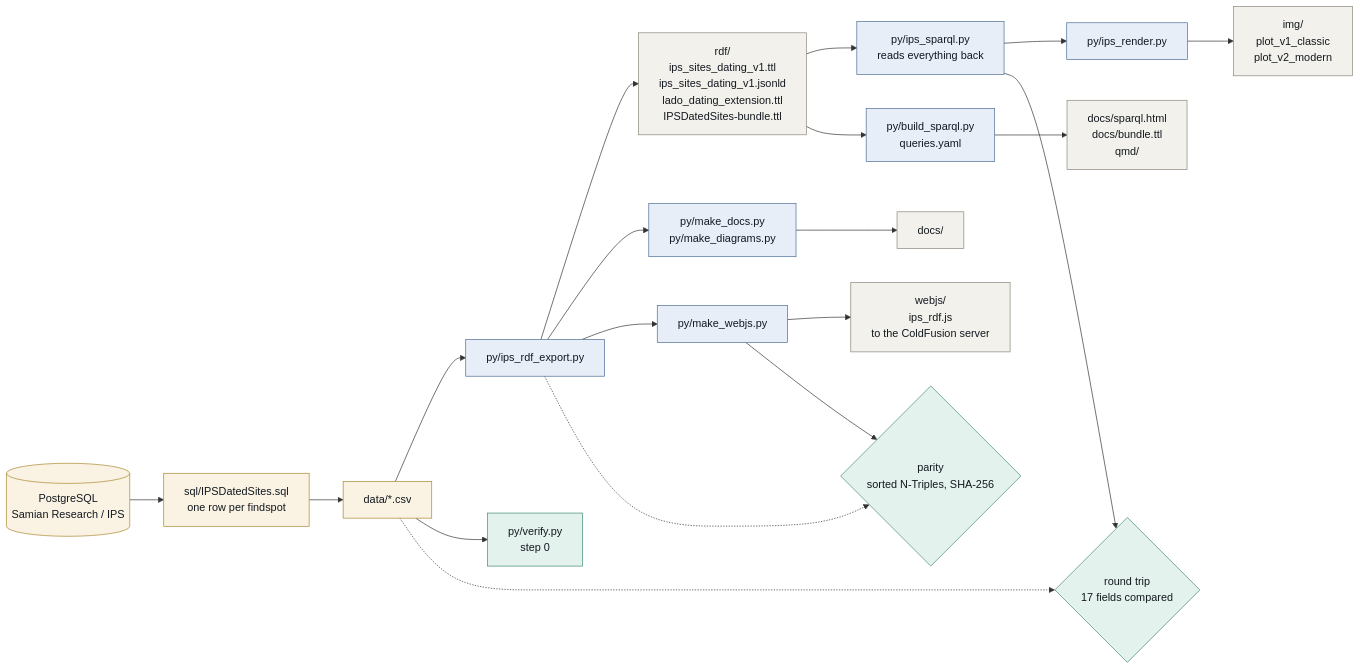
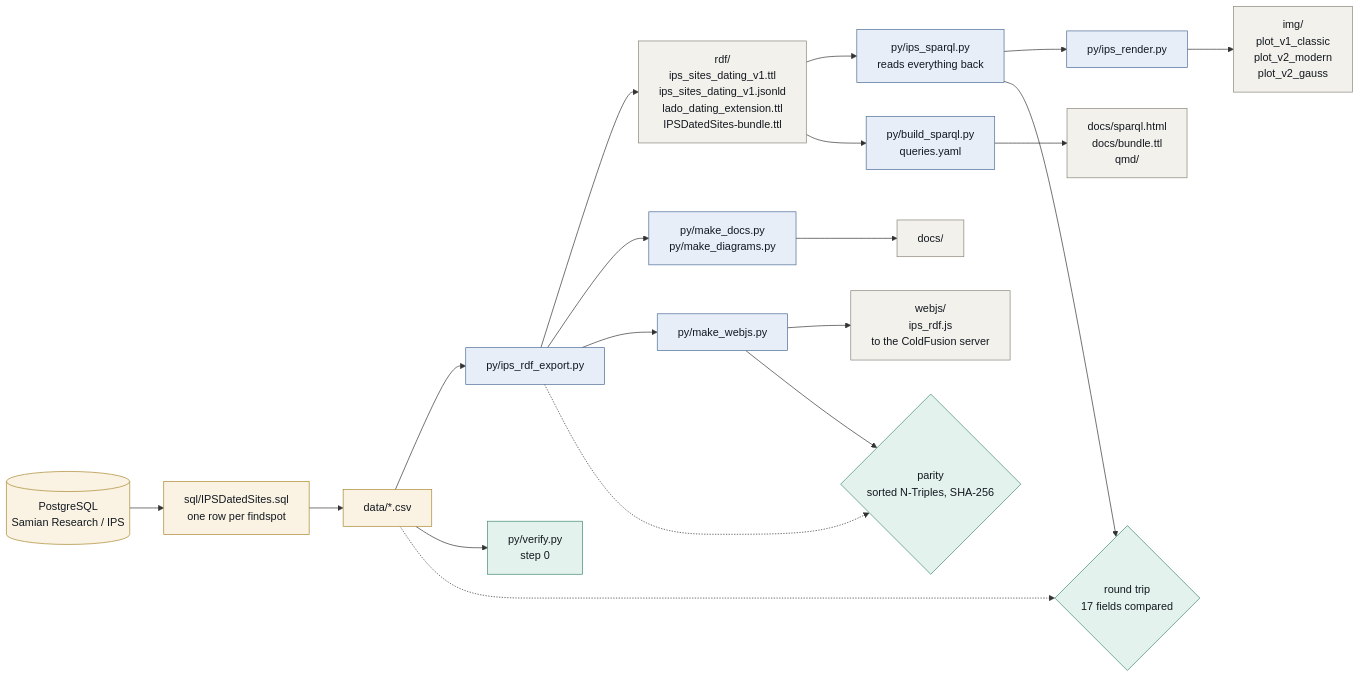
Before and after one commit to leiza-rse/IPSDatedSites: the diagram in docs/diagrams/architecture.mmd, drawn with Mermaid. The commit also changed 34 other files, not shown here.

```diff
--- a/docs/diagrams/architecture.mmd
+++ b/docs/diagrams/architecture.mmd
@@ -1,39 +1,39 @@
 flowchart LR
     DB[("PostgreSQL<br/>Samian Research / IPS")]
     SQL["sql/IPSDatedSites.sql<br/>one row per findspot"]
     CSV["data/*.csv"]
     EXP["py/ips_rdf_export.py"]
     RDF["rdf/<br/>ips_sites_dating_v1.ttl<br/>ips_sites_dating_v1.jsonld<br/>lado_dating_extension.ttl<br/>IPSDatedSites-bundle.ttl"]
     SPQ["py/ips_sparql.py<br/>reads everything back"]
     REN["py/ips_render.py"]
-    IMG["img/<br/>plot_v1_classic<br/>plot_v2_modern"]
+    IMG["img/<br/>plot_v1_classic<br/>plot_v2_modern<br/>plot_v2_gauss"]
     DOC["py/make_docs.py<br/>py/make_diagrams.py"]
     DOCS["docs/"]
     VER["py/verify.py<br/>step 0"]
     WEB["py/make_webjs.py"]
     JS["webjs/<br/>ips_rdf.js<br/>to the ColdFusion server"]
     SPB["py/build_sparql.py<br/>queries.yaml"]
     PAGE["docs/sparql.html<br/>docs/bundle.ttl<br/>qmd/"]
     CHK{"round trip<br/>17 fields compared"}
     PAR{"parity<br/>sorted N-Triples, SHA-256"}
 
     DB --> SQL --> CSV --> EXP --> RDF --> SPQ --> REN --> IMG
     CSV --> VER
     EXP --> DOC --> DOCS
     EXP --> WEB --> JS
     RDF --> SPB --> PAGE
     SPQ --> CHK
     CSV -.-> CHK
     WEB --> PAR
     EXP -.-> PAR
 
     class DB,SQL,CSV io
     class RDF,IMG,DOCS,JS,PAGE ext
     class EXP,SPQ,REN,DOC,WEB,SPB local
     class CHK,PAR,VER time
 
     classDef local fill:#e8eef7,stroke:#4a6b96,stroke-width:1px,color:#12181f
     classDef crm fill:#efe7f5,stroke:#7a5a96,stroke-width:1px,color:#12181f
     classDef time fill:#e3f2ec,stroke:#3f8a70,stroke-width:1px,color:#12181f
     classDef ext fill:#f3f1ec,stroke:#8a857a,stroke-width:1px,color:#12181f
     classDef io fill:#faf3e3,stroke:#a8872e,stroke-width:1px,color:#12181f
```
